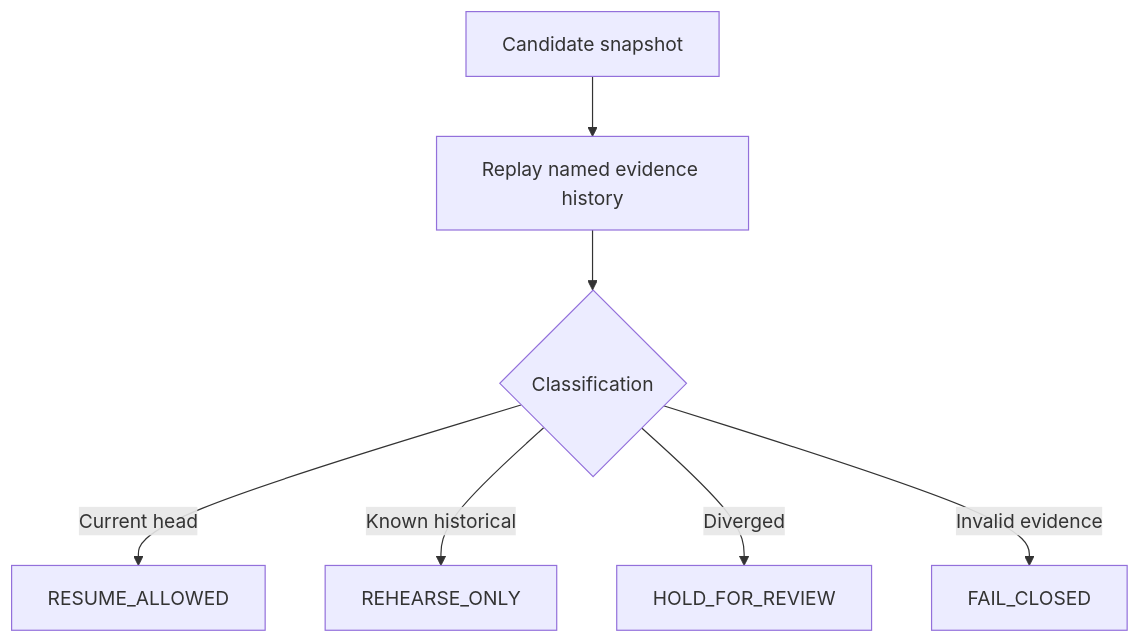
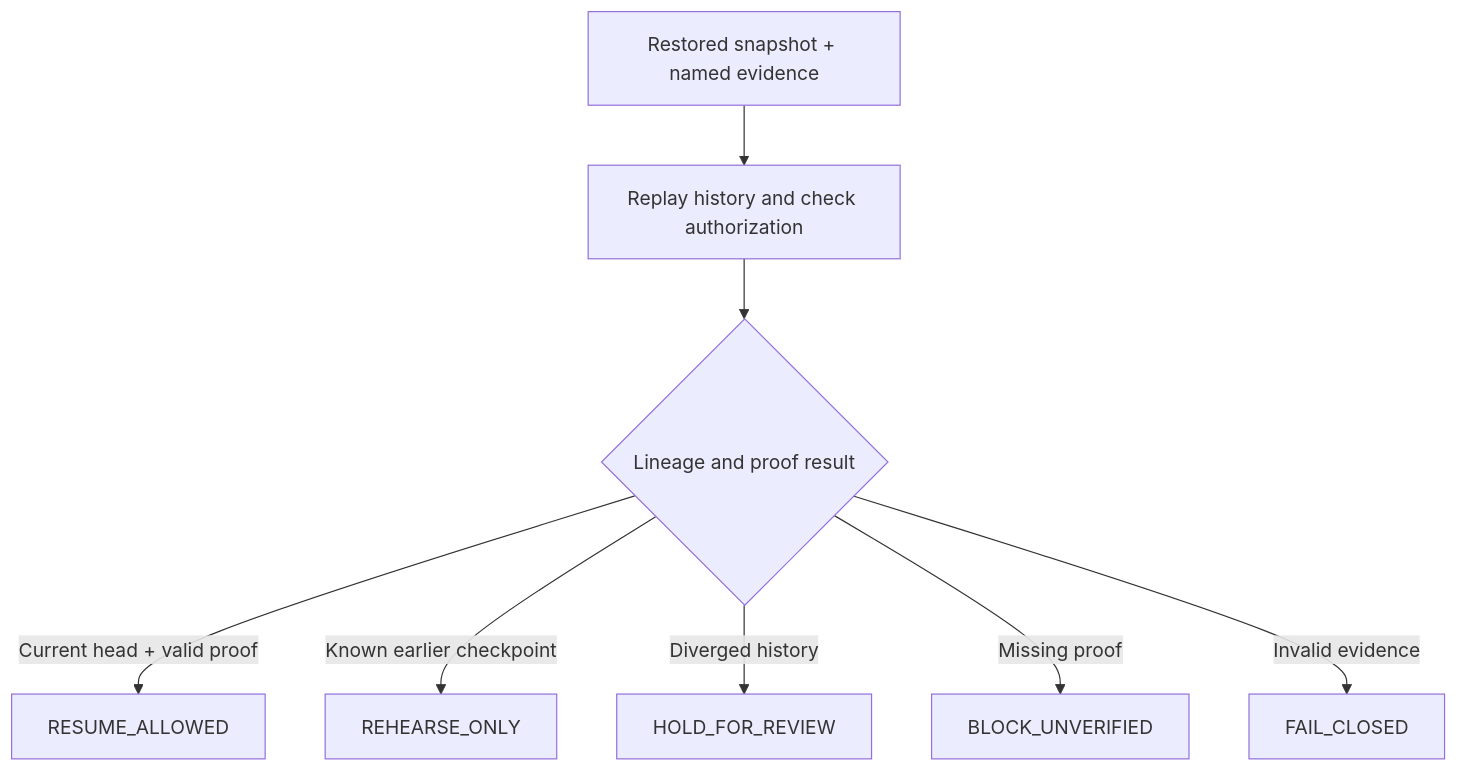
One commit to AndroLay/MemoryLineage changed the second of 2 diagrams in README.md. Above: the diagram before and after it, drawn with Mermaid. The commit also changed other lines of this file and 40 other files, not shown here.

````diff
--- a/README.md
+++ b/README.md
@@ -86,9 +70,10 @@
 ```mermaid
 flowchart TD
-    C[Candidate snapshot] --> R[Replay named evidence history]
-    R --> D{Classification}
-    D -->|Current head| A[RESUME_ALLOWED]
-    D -->|Known historical| H[REHEARSE_ONLY]
-    D -->|Diverged| V[HOLD_FOR_REVIEW]
+    C[Restored snapshot + named evidence] --> R[Replay history and check authorization]
+    R --> D{Lineage and proof result}
+    D -->|Current head + valid proof| A[RESUME_ALLOWED]
+    D -->|Known earlier checkpoint| H[REHEARSE_ONLY]
+    D -->|Diverged history| V[HOLD_FOR_REVIEW]
+    D -->|Missing proof| U[BLOCK_UNVERIFIED]
     D -->|Invalid evidence| F[FAIL_CLOSED]
 ```
````
